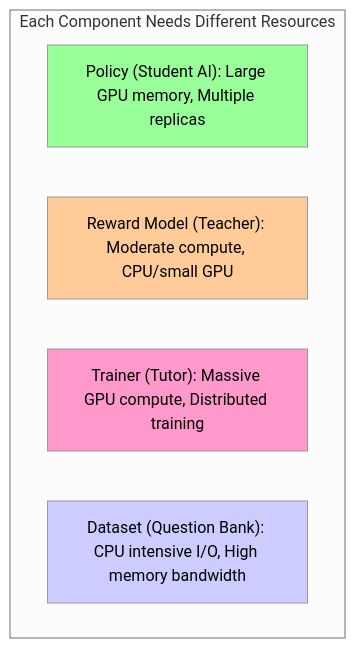
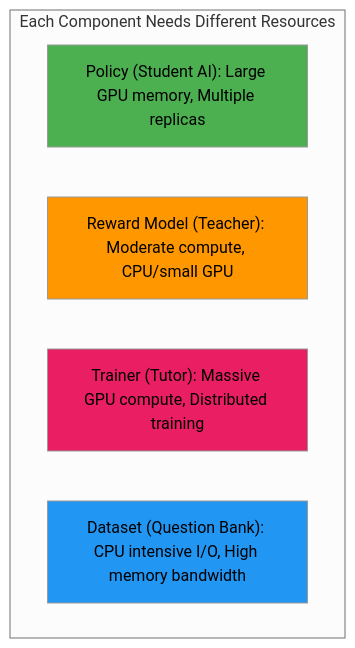
The third of 4 diagrams in docs/Tutorials/1_RL_and_Forge_Fundamentals.MD (meta-pytorch/torchforge), drawn with Mermaid (neutral theme) before and after one commit. The commit also changed other lines of this file and 2 other files, not shown here.

````diff
--- a/docs/Tutorials/1_RL_and_Forge_Fundamentals.MD
+++ b/docs/Tutorials/1_RL_and_Forge_Fundamentals.MD
@@ -163,17 +163,17 @@
 ```mermaid
 graph TD
     subgraph Components["Each Component Needs Different Resources"]
         Policy["Policy (Student AI): Large GPU memory, Multiple replicas"]
         
         Reward["Reward Model (Teacher): Moderate compute, CPU/small GPU"]
         
         Trainer["Trainer (Tutor): Massive GPU compute, Distributed training"]
         
         Dataset["Dataset (Question Bank): CPU intensive I/O, High memory bandwidth"]
     end
     
-    style Policy fill:#99ff99
-    style Reward fill:#ffcc99
-    style Trainer fill:#ff99cc
-    style Dataset fill:#ccccff
+    style Policy fill:#4CAF50
+    style Reward fill:#FF9800
+    style Trainer fill:#E91E63
+    style Dataset fill:#2196F3
 ```
````
